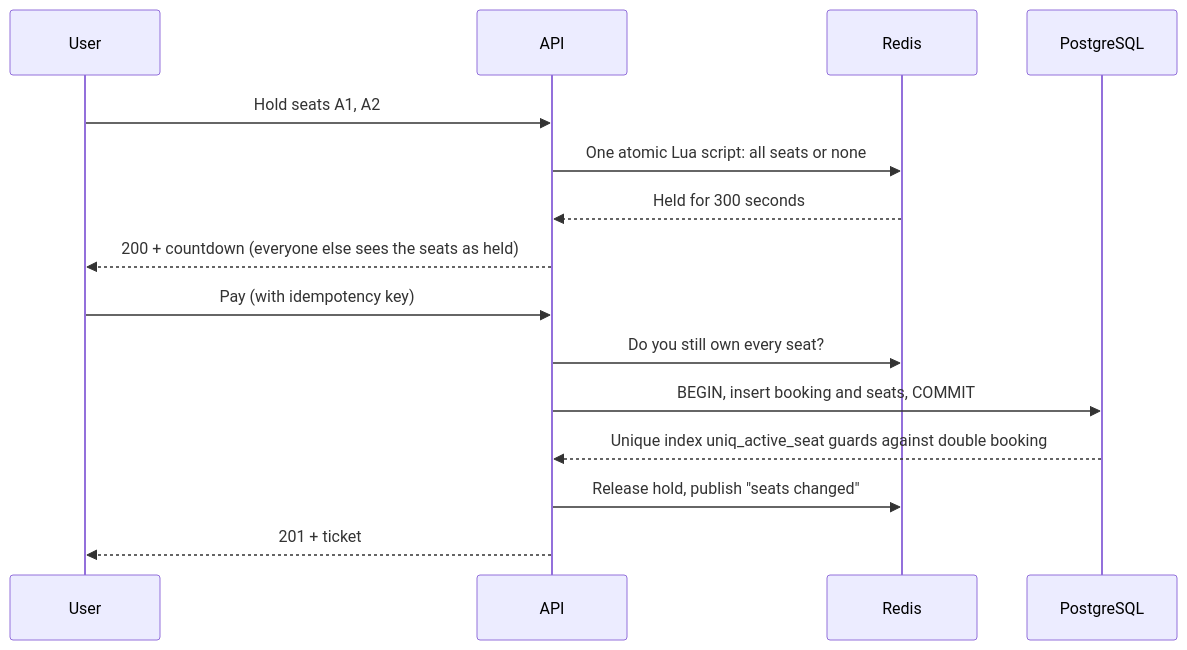
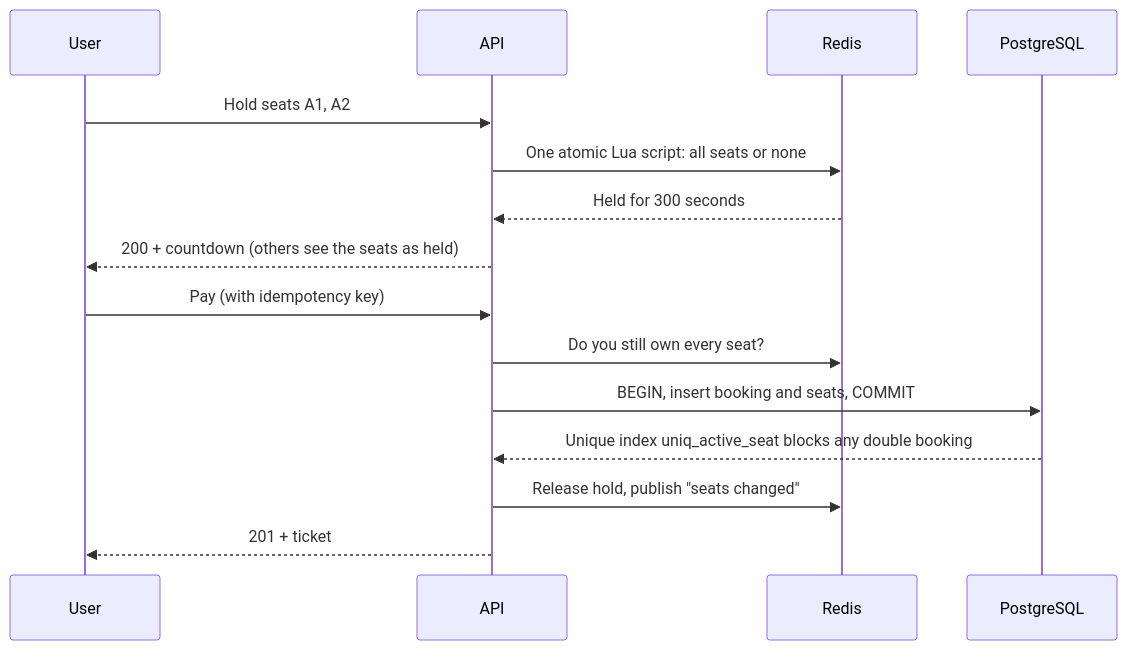
The diagram in README.md (omkargitcs/seat-lock-engine), drawn with Mermaid before and after one commit. The commit also changed other lines of this file, not shown here.

````diff
--- a/README.md
+++ b/README.md
@@ -87,17 +51,17 @@
 ```mermaid
 sequenceDiagram
     participant U as User
     participant API
     participant R as Redis
     participant P as PostgreSQL
     U->>API: Hold seats A1, A2
     API->>R: One atomic Lua script: all seats or none
     R-->>API: Held for 300 seconds
-    API-->>U: 200 + countdown (everyone else sees the seats as held)
+    API-->>U: 200 + countdown (others see the seats as held)
     U->>API: Pay (with idempotency key)
     API->>R: Do you still own every seat?
     API->>P: BEGIN, insert booking and seats, COMMIT
-    P-->>API: Unique index uniq_active_seat guards against double booking
+    P-->>API: Unique index uniq_active_seat blocks any double booking
     API->>R: Release hold, publish "seats changed"
     API-->>U: 201 + ticket
 ```
````
